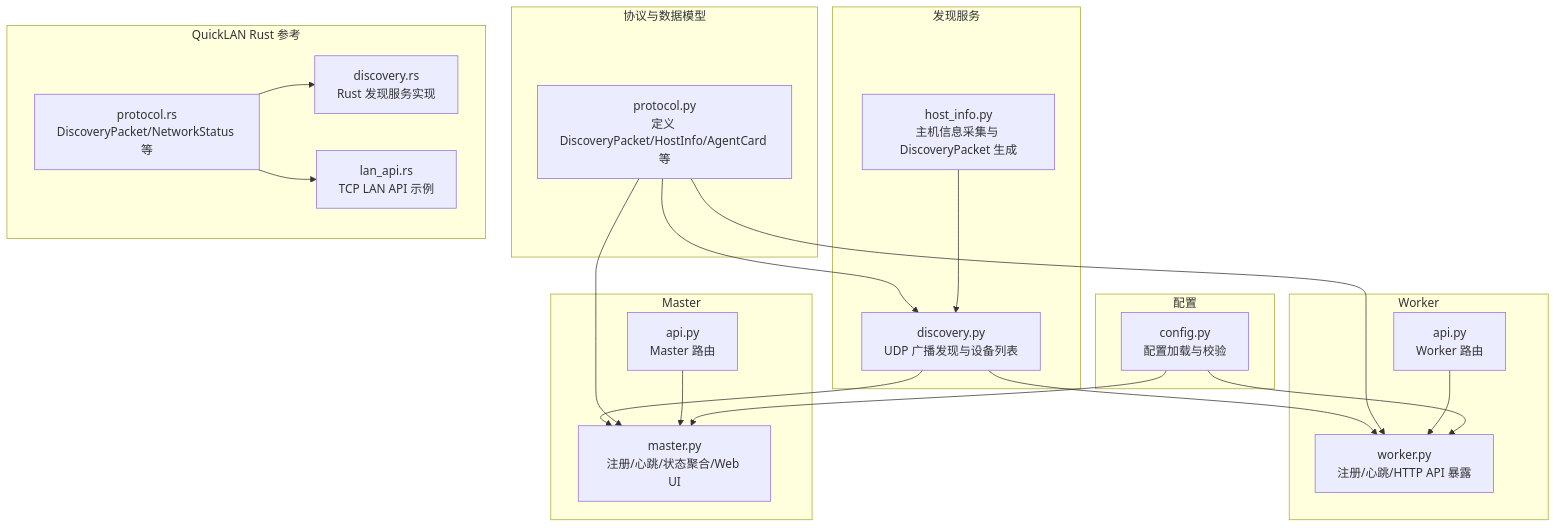
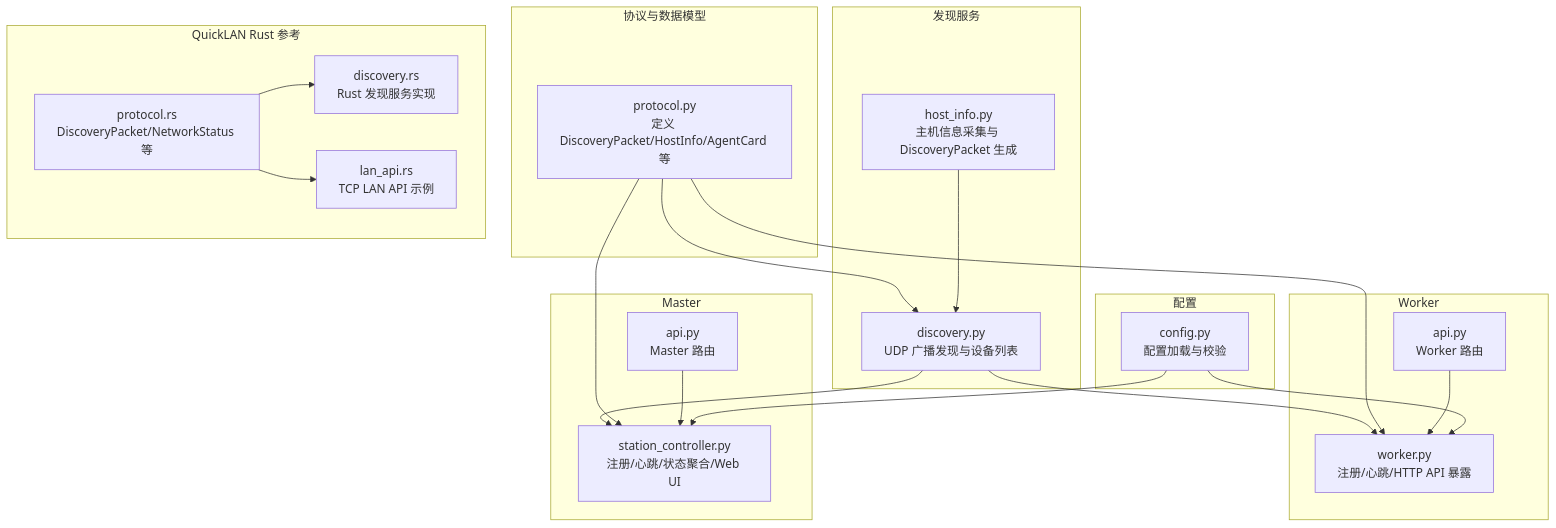
The first of 6 diagrams in .qoder/repowiki/zh/content/架构设计/Worker 代理/通信协议与消息格式/通信协议与消息格式.md (targalian/Personal-distributed-workstation), drawn with Mermaid before and after one commit. The commit also changed other lines of this file and 63 other files, not shown here.

Commit message:
docs(station): 同步 repo wiki 至 station_controller/station_api 架构

````diff
--- a/.qoder/repowiki/zh/content/架构设计/Worker 代理/通信协议与消息格式/通信协议与消息格式.md
+++ b/.qoder/repowiki/zh/content/架构设计/Worker 代理/通信协议与消息格式/通信协议与消息格式.md
@@ -44,38 +44,38 @@
 ```mermaid
 graph TB
 subgraph "协议与数据模型"
 P["protocol.py<br/>定义 DiscoveryPacket/HostInfo/AgentCard 等"]
 end
 subgraph "发现服务"
 D["discovery.py<br/>UDP 广播发现与设备列表"]
 H["host_info.py<br/>主机信息采集与 DiscoveryPacket 生成"]
 end
 subgraph "Worker"
 W["worker.py<br/>注册/心跳/HTTP API 暴露"]
 A["api.py<br/>Worker 路由"]
 end
 subgraph "Master"
-M["master.py<br/>注册/心跳/状态聚合/Web UI"]
+M["station_controller.py<br/>注册/心跳/状态聚合/Web UI"]
 R["api.py<br/>Master 路由"]
 end
 subgraph "配置"
 C["config.py<br/>配置加载与校验"]
 end
 subgraph "QuickLAN Rust 参考"
 QR["protocol.rs<br/>DiscoveryPacket/NetworkStatus 等"]
 QD["discovery.rs<br/>Rust 发现服务实现"]
 QL["lan_api.rs<br/>TCP LAN API 示例"]
 end
 P --> D
 H --> D
 D --> W
 D --> M
 P --> W
 P --> M
 A --> W
 R --> M
 C --> W
 C --> M
 QR --> QD
 QR --> QL
 ```
````
